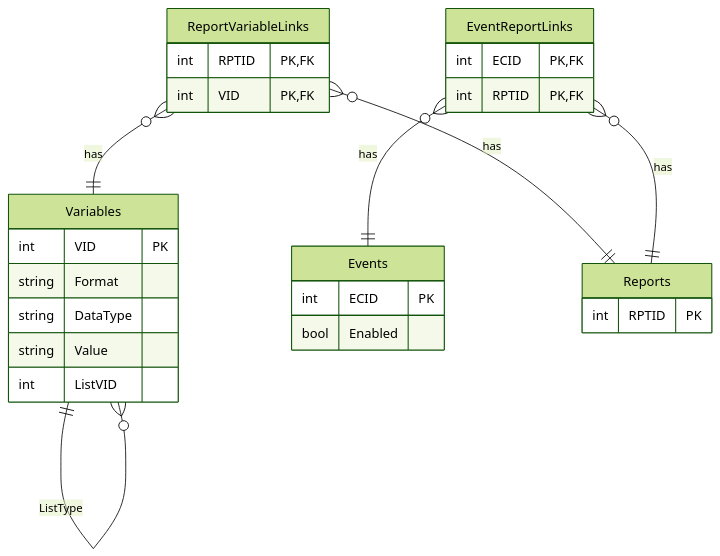
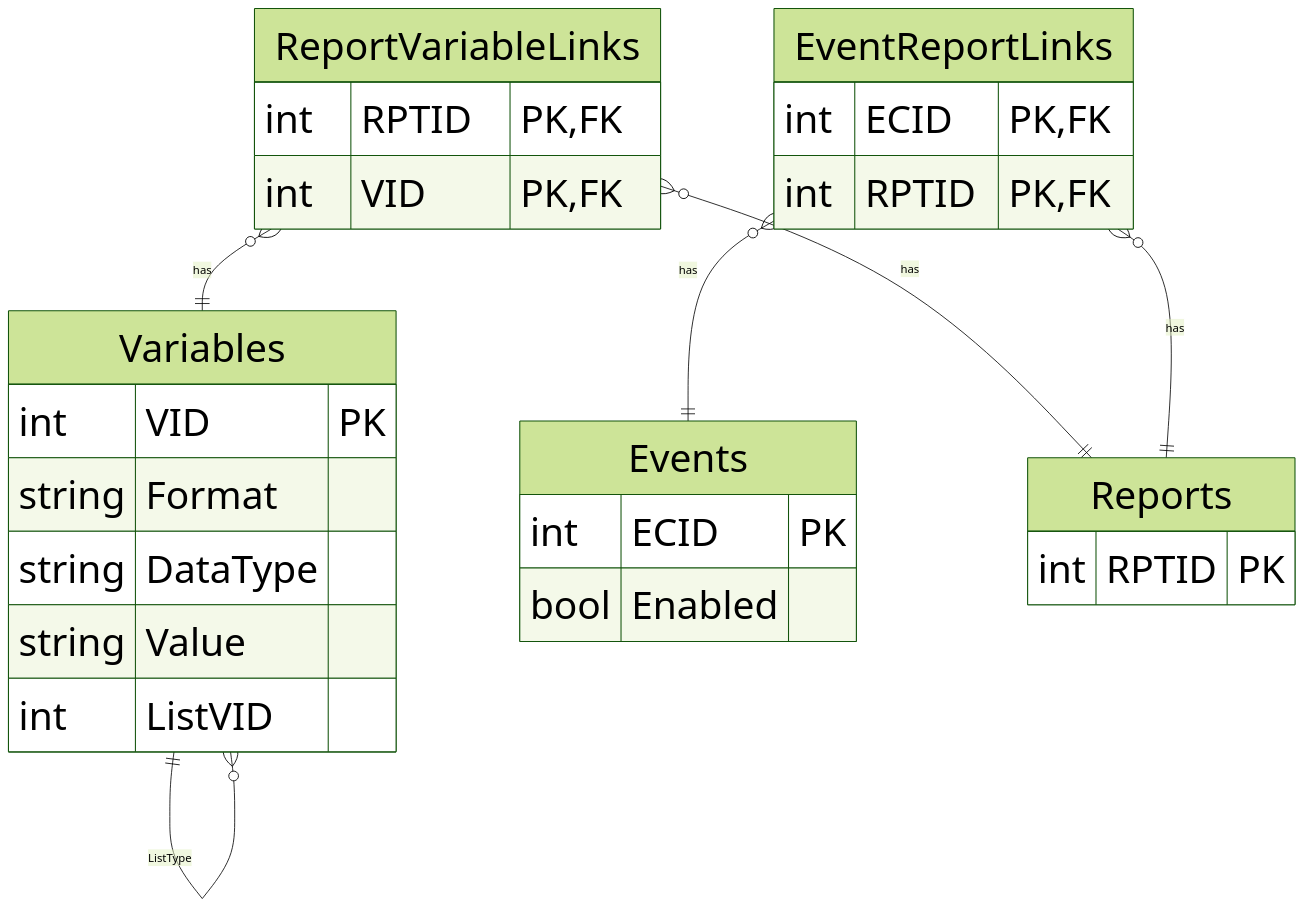
The fifth of 5 diagrams in README.md (6greg9/Gem4net), drawn with Mermaid before and after one commit. The commit also changed other lines of this file, not shown here.

````diff
--- a/README.md
+++ b/README.md
@@ -161,31 +175,38 @@
 ```mermaid
-%%{init: {'theme':'forest'}}%%
+%%{
+  init: {
+    'theme': 'forest',
+    'themeVariables': {
+      'fontSize':'48px'
+    }
+  }
+}%%
 erDiagram
     Variables{
         int VID PK
         string Format
         string DataType
         string Value
         int ListVID
     }
     Events{
         int ECID PK
         bool Enabled
     }
     Reports{
         int RPTID PK
     }
     EventReportLinks{
         int ECID PK, FK
         int RPTID PK, FK
     }
     ReportVariableLinks{
         int RPTID PK, FK
         int VID PK, FK
     }
     ReportVariableLinks }o--|| Variables : has
     ReportVariableLinks }o--|| Reports :has
     EventReportLinks }o--|| Events : has
     EventReportLinks }o--|| Reports : has
     Variables ||--o{ Variables : ListType
 ```
````
